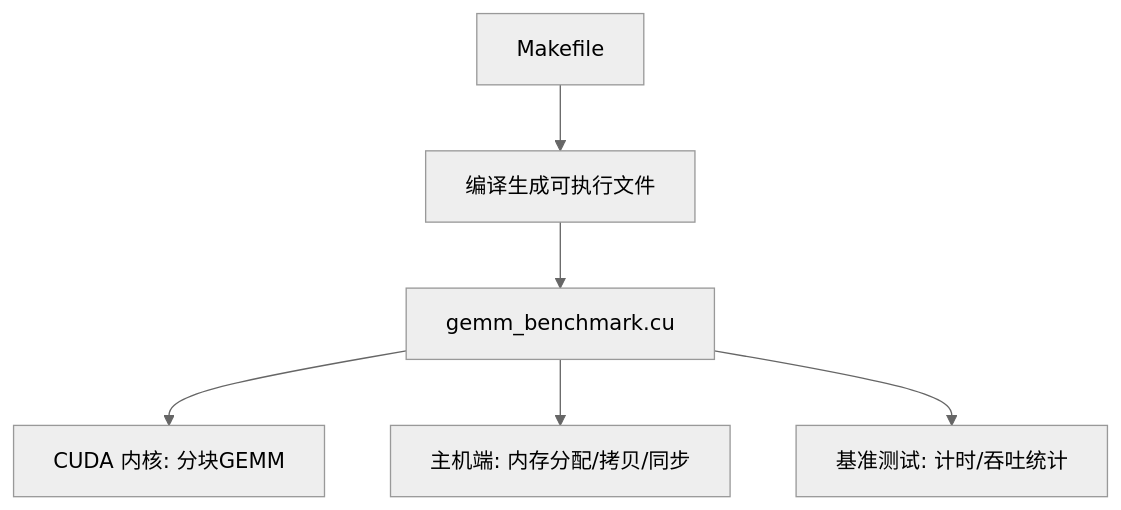
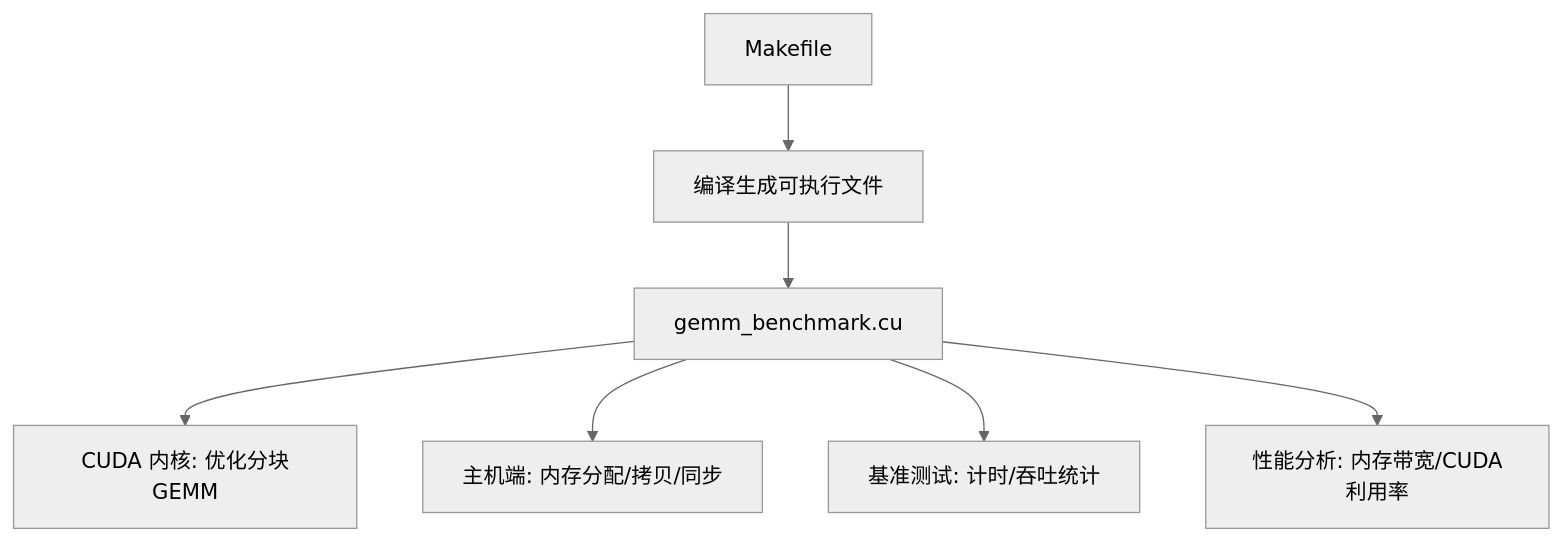
Before and after one commit to Bitllion/gemm_benchmark: the first of 4 diagrams in .qoder/repowiki/zh/content/技术实现/GEMM算法实现.md, drawn with Mermaid (neutral theme). The commit also changed other lines of this file and 5 other files, not shown here.

````diff
--- a/.qoder/repowiki/zh/content/技术实现/GEMM算法实现.md
+++ b/.qoder/repowiki/zh/content/技术实现/GEMM算法实现.md
@@ -37,8 +48,9 @@
 ```mermaid
 graph TB
 A["Makefile"] --> B["编译生成可执行文件"]
-C["gemm_benchmark.cu"] --> D["CUDA 内核: 分块GEMM"]
+C["gemm_benchmark.cu"] --> D["CUDA 内核: 优化分块GEMM"]
 C --> E["主机端: 内存分配/拷贝/同步"]
 C --> F["基准测试: 计时/吞吐统计"]
+C --> G["性能分析: 内存带宽/CUDA利用率"]
 B --> C
 ```
````
